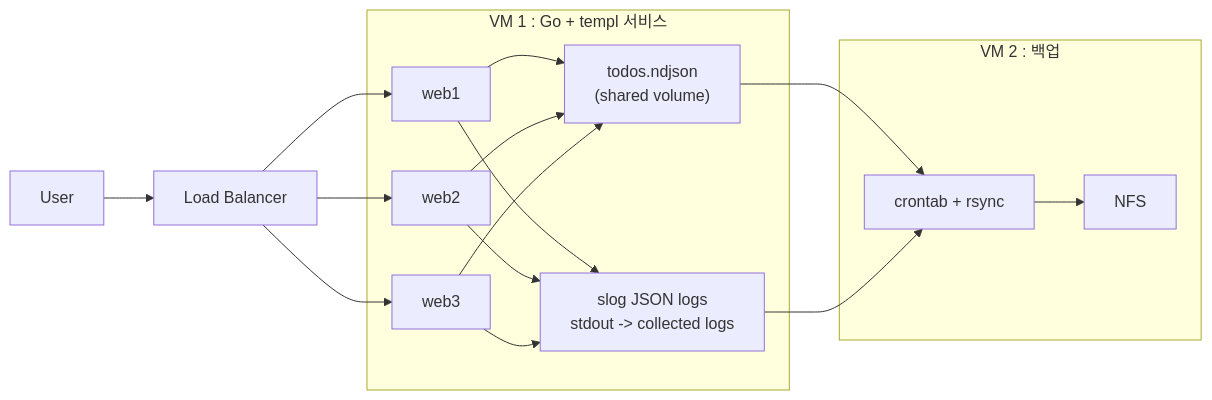
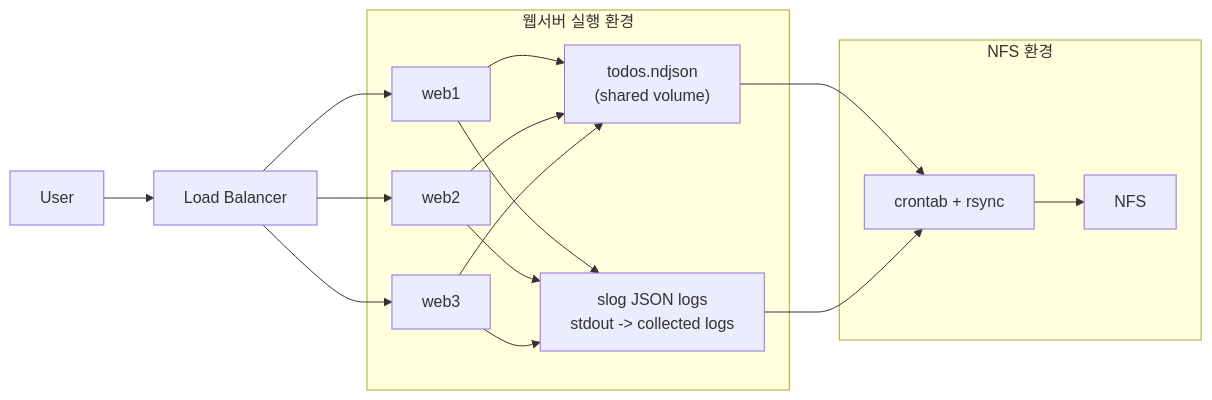
One commit to ev3rlit/ndjson-todo-lab changed the diagram in README.md. Above: the diagram before and after it, drawn with Mermaid. The commit also changed other lines of this file and 26 other files, not shown here.

````diff
--- a/README.md
+++ b/README.md
@@ -56,35 +56,35 @@
 ```mermaid
 flowchart LR
     user["User"]
     lb["Load Balancer"]
 
-    subgraph service_vm["VM 1 : Go + templ 서비스"]
+    subgraph web_server["웹서버 실행 환경"]
         web1["web1"]
         web2["web2"]
         web3["web3"]
         ndjson["todos.ndjson\n(shared volume)"]
         logs["slog JSON logs\nstdout -> collected logs"]
     end
 
-    subgraph backup_vm["VM 2 : 백업"]
+    subgraph nfs_server["NFS 환경"]
         cron["crontab + rsync"]
         nfs["NFS"]
     end
 
     user --> lb
     lb --> web1
     lb --> web2
     lb --> web3
 
     web1 --> ndjson
     web2 --> ndjson
     web3 --> ndjson
 
     web1 --> logs
     web2 --> logs
     web3 --> logs
 
     ndjson --> cron
     logs --> cron
     cron --> nfs
 ```
````
